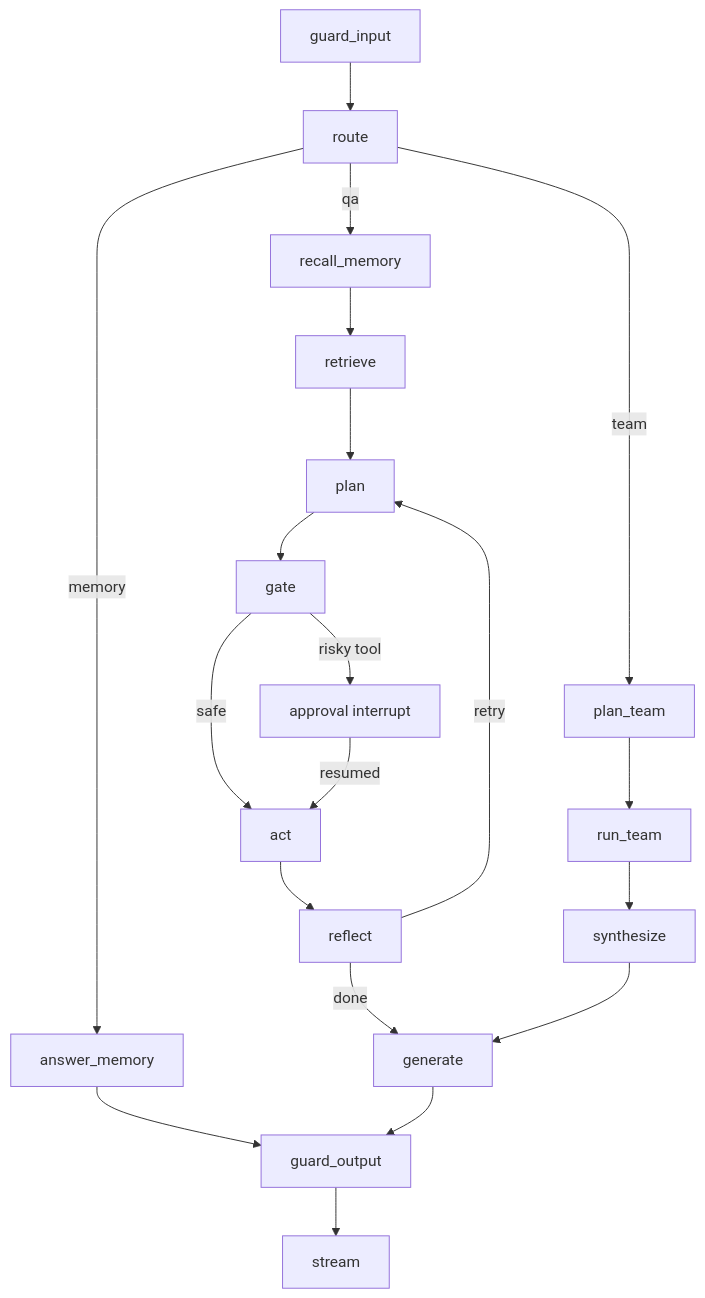
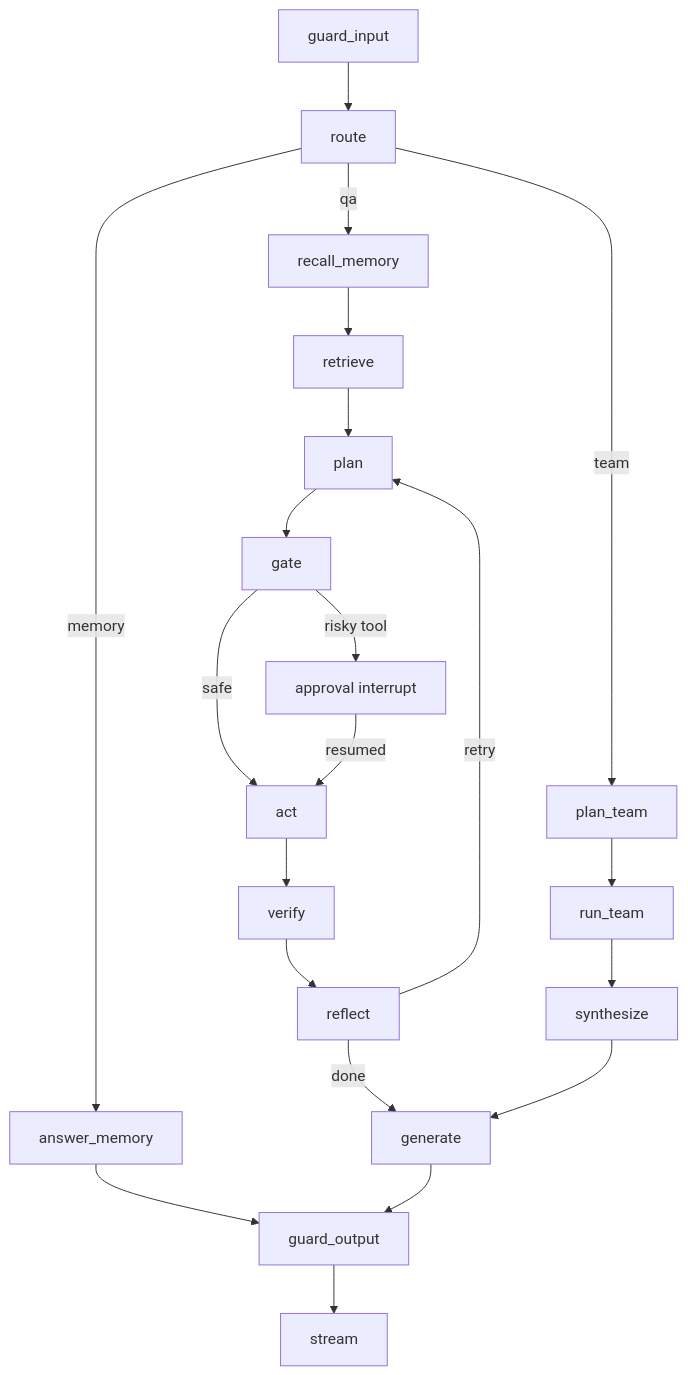
One commit to yrevash/aegis changed the diagram in docs/teaching/agent.md. Above: the diagram before and after it, drawn with Mermaid. The commit also changed other lines of this file and 36 other files, not shown here.

````diff
--- a/docs/teaching/agent.md
+++ b/docs/teaching/agent.md
@@ -25,22 +26,23 @@
 ```mermaid
 flowchart TD
     GI[guard_input] --> RT[route]
     RT -->|qa| RM[recall_memory]
     RT -->|memory| AM[answer_memory]
     RT -->|team| PT[plan_team]
     RM --> RV[retrieve]
     RV --> PL[plan]
     PL --> GT[gate]
     GT -->|risky tool| AP[approval interrupt]
     GT -->|safe| AC[act]
     AP -->|resumed| AC
-    AC --> RF[reflect]
+    AC --> VF[verify]
+    VF --> RF[reflect]
     RF -->|retry| PL
     RF -->|done| GN[generate]
     PT --> RN[run_team]
     RN --> SY[synthesize]
     SY --> GN
     AM --> GO[guard_output]
     GN --> GO
     GO --> ST[stream]
 ```
````
